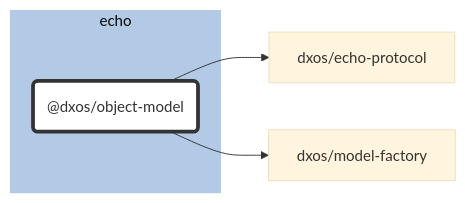
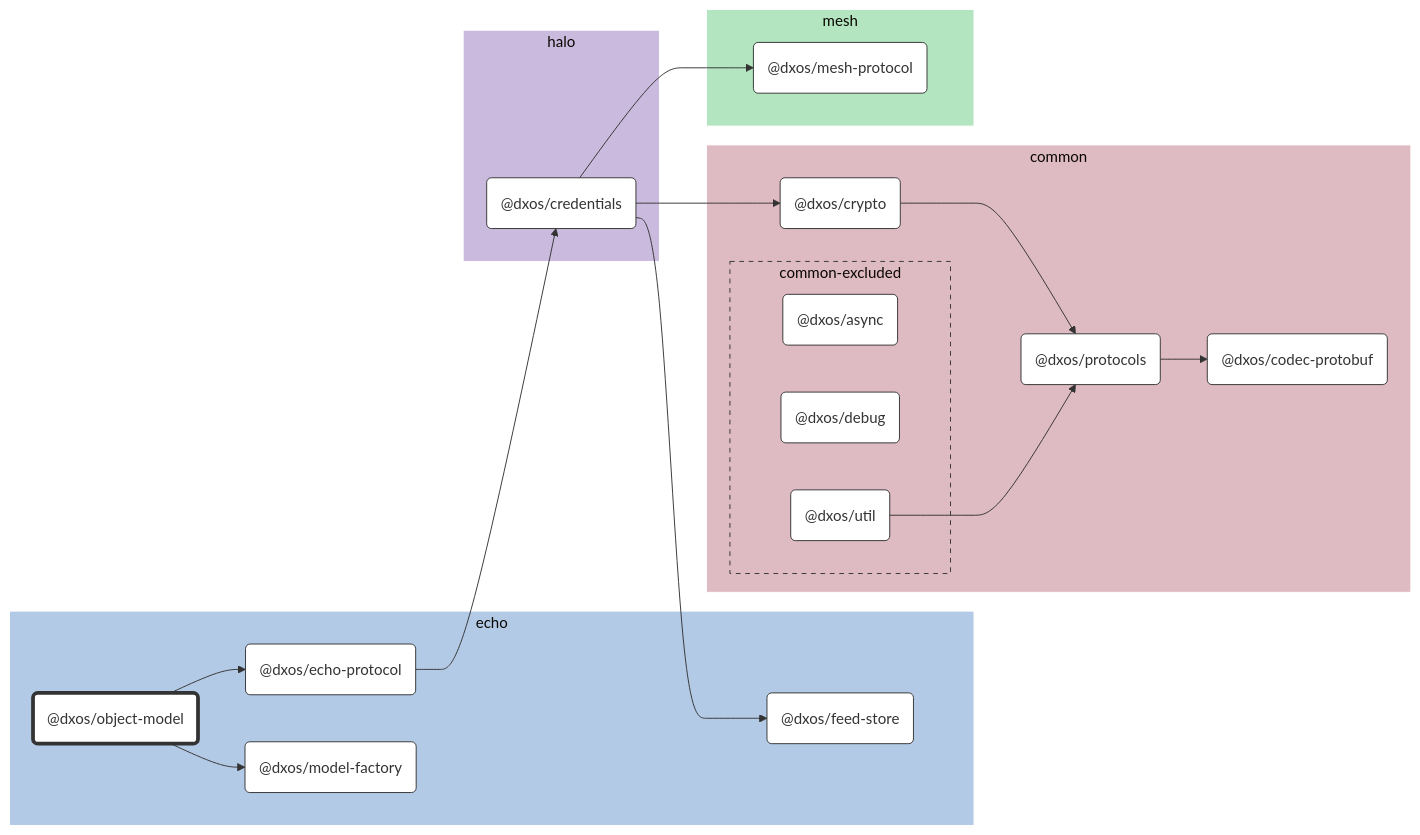
Before and after one commit to dxos/dxos: the diagram in packages/echo/object-model/docs/README.md, drawn with Mermaid (base theme). The commit also changed 65 other files, not shown here.

````diff
--- a/packages/echo/object-model/docs/README.md
+++ b/packages/echo/object-model/docs/README.md
@@ -7,22 +7,67 @@
 ```mermaid
 %%{ init: {'flowchart':{'curve':'basis'}} }%%
 
 flowchart LR
 
 %% Classes
 classDef def fill:#fff,stroke:#333,stroke-width:1px
 classDef root fill:#fff,stroke:#333,stroke-width:4px
 
 %% Nodes
 
 subgraph echo [echo]
   style echo fill:#b3cae6,stroke:#fff
   dxos/object-model("@dxos/object-model"):::root
   click dxos/object-model "dxos/dxos/tree/main/packages/echo/object-model/docs"
+  dxos/echo-protocol("@dxos/echo-protocol"):::def
+  click dxos/echo-protocol "dxos/dxos/tree/main/packages/echo/echo-protocol/docs"
+  dxos/feed-store("@dxos/feed-store"):::def
+  click dxos/feed-store "dxos/dxos/tree/main/packages/echo/feed-store/docs"
+  dxos/model-factory("@dxos/model-factory"):::def
+  click dxos/model-factory "dxos/dxos/tree/main/packages/echo/model-factory/docs"
+end
+
+subgraph common [common]
+  style common fill:#debac2,stroke:#fff
+  dxos/codec-protobuf("@dxos/codec-protobuf"):::def
+  click dxos/codec-protobuf "dxos/dxos/tree/main/packages/common/codec-protobuf/docs"
+  dxos/crypto("@dxos/crypto"):::def
+  click dxos/crypto "dxos/dxos/tree/main/packages/common/crypto/docs"
+  dxos/protocols("@dxos/protocols"):::def
+  click dxos/protocols "dxos/dxos/tree/main/packages/common/protocols/docs"
+
+  subgraph common-excluded [common-excluded]
+    style common-excluded fill:#debac2,stroke:#333,stroke-dasharray:5 5
+    dxos/async("@dxos/async"):::def
+    click dxos/async "dxos/dxos/tree/main/packages/common/async/docs"
+    dxos/debug("@dxos/debug"):::def
+    click dxos/debug "dxos/dxos/tree/main/packages/common/debug/docs"
+    dxos/util("@dxos/util"):::def
+    click dxos/util "dxos/dxos/tree/main/packages/common/util/docs"
+  end
+end
+
+subgraph halo [halo]
+  style halo fill:#cabade,stroke:#fff
+  dxos/credentials("@dxos/credentials"):::def
+  click dxos/credentials "dxos/dxos/tree/main/packages/halo/credentials/docs"
+end
+
+subgraph mesh [mesh]
+  style mesh fill:#b3e6c0,stroke:#fff
+  dxos/mesh-protocol("@dxos/mesh-protocol"):::def
+  click dxos/mesh-protocol "dxos/dxos/tree/main/packages/mesh/mesh-protocol/docs"
 end
 
 %% Links
 linkStyle default stroke:#333,stroke-width:1px
 dxos/object-model --> dxos/echo-protocol
+dxos/echo-protocol --> dxos/credentials
+dxos/credentials --> dxos/crypto
+dxos/crypto --> dxos/protocols
+dxos/protocols --> dxos/codec-protobuf
+dxos/credentials --> dxos/feed-store
+dxos/util --> dxos/protocols
+dxos/credentials --> dxos/mesh-protocol
 dxos/object-model --> dxos/model-factory
 ```
````
